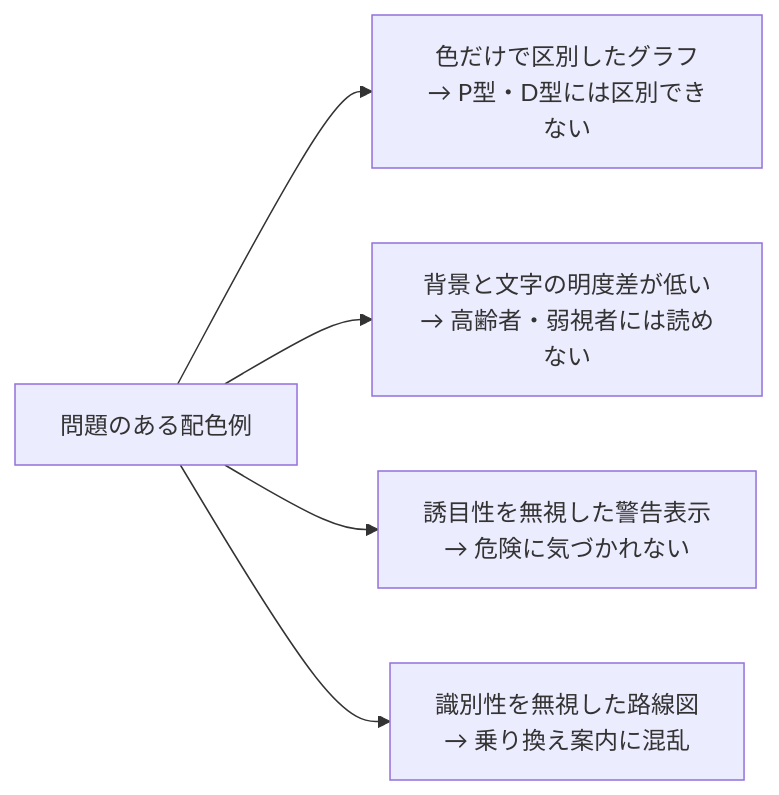
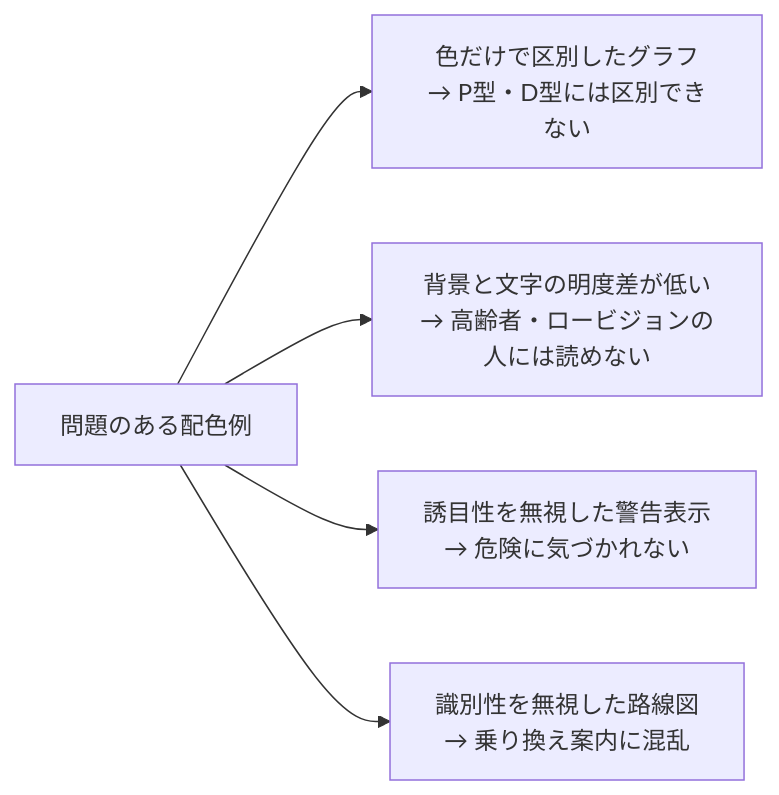
One commit to ozaki25/color-coordination-training-ozaki25 changed the second of 2 diagrams in docs/lessons/lesson25/index.md. Above: the diagram before and after it, drawn with Mermaid. The commit also changed 8 other files, not shown here.

````diff
--- a/docs/lessons/lesson25/index.md
+++ b/docs/lessons/lesson25/index.md
@@ -145,7 +145,7 @@
 ```mermaid
 graph LR
     A[問題のある配色例] --> B[色だけで区別したグラフ\n→ P型・D型には区別できない]
-    A --> C[背景と文字の明度差が低い\n→ 高齢者・弱視者には読めない]
+    A --> C[背景と文字の明度差が低い\n→ 高齢者・ロービジョンの人には読めない]
     A --> D[誘目性を無視した警告表示\n→ 危険に気づかれない]
     A --> E[識別性を無視した路線図\n→ 乗り換え案内に混乱]
 ```
````
